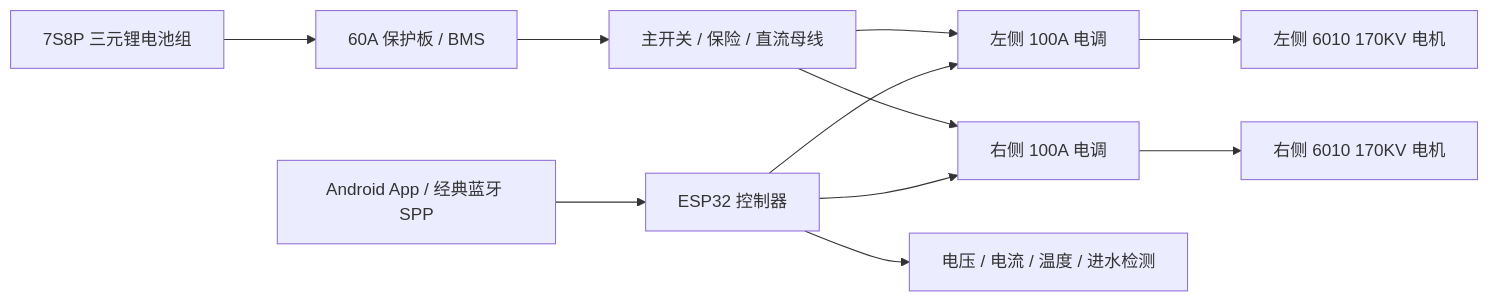
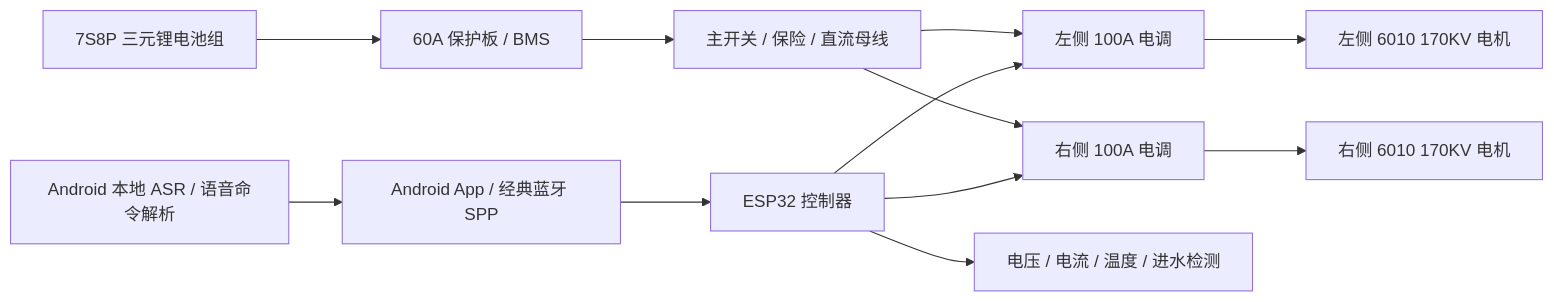
One commit to mosanwan/smart_sup changed the diagram in docs/system_overview.md. Above: the diagram before and after it, drawn with Mermaid. The commit also changed other lines of this file and 32 other files, not shown here.

````diff
--- a/docs/system_overview.md
+++ b/docs/system_overview.md
@@ -9,13 +9,14 @@
 ```mermaid
 flowchart LR
     Battery["7S8P 三元锂电池组"] --> BMS["60A 保护板 / BMS"]
     BMS --> Power["主开关 / 保险 / 直流母线"]
     Power --> ESC_L["左侧 100A 电调"]
     Power --> ESC_R["右侧 100A 电调"]
     ESC_L --> Motor_L["左侧 6010 170KV 电机"]
     ESC_R --> Motor_R["右侧 6010 170KV 电机"]
     Controller["ESP32 控制器"] --> ESC_L
     Controller --> ESC_R
     Controller --> Sensors["电压 / 电流 / 温度 / 进水检测"]
-    Remote["Android App / 经典蓝牙 SPP"] --> Controller
+    Voice["Android 本地 ASR / 语音命令解析"] --> Remote["Android App / 经典蓝牙 SPP"]
+    Remote --> Controller
 ```
````
